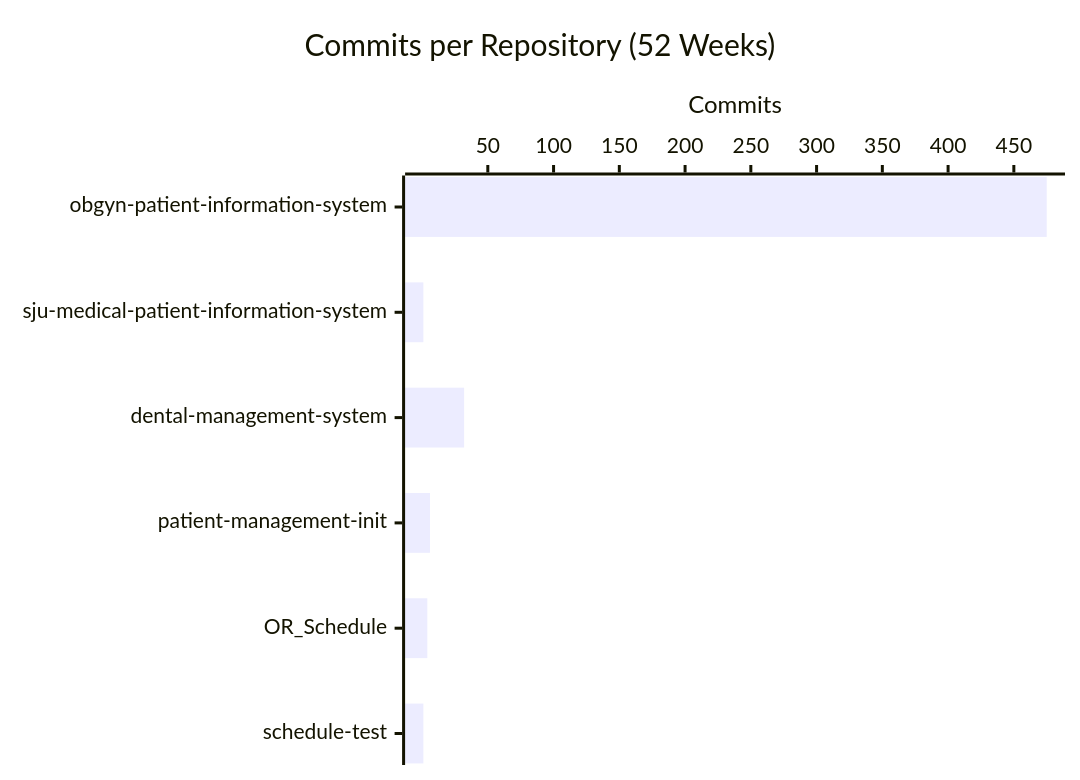
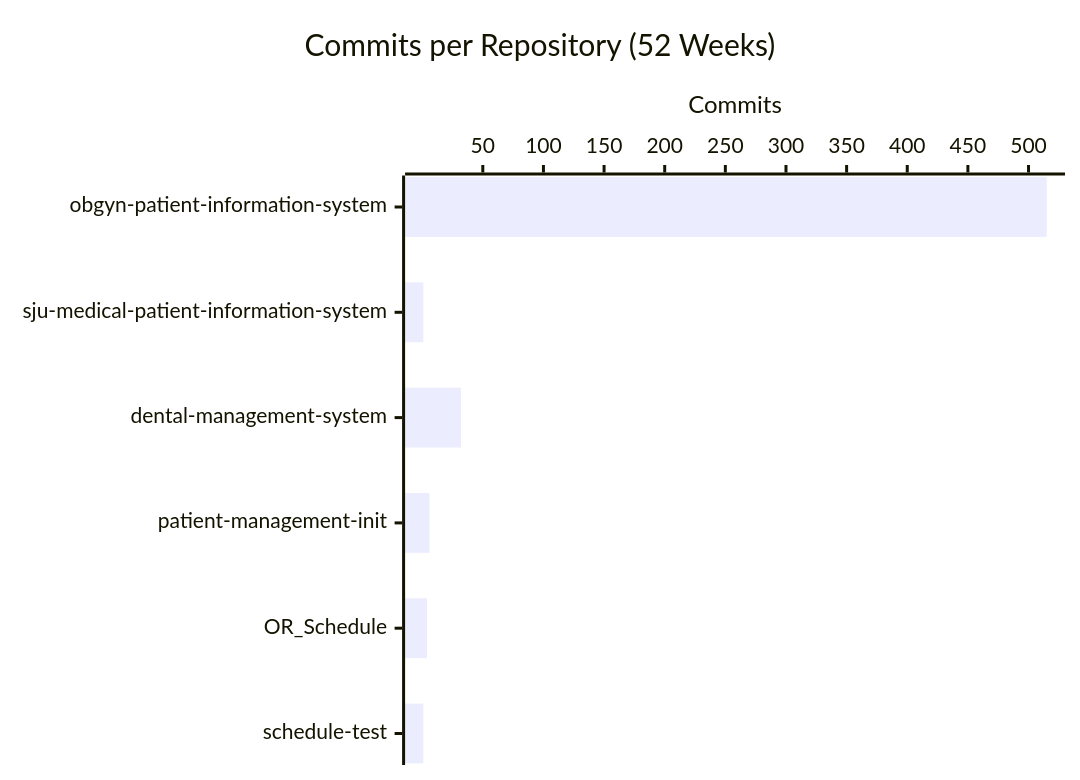
The second of 4 diagrams in profile/README.md (CSTH-Projects/.github), drawn with Mermaid before and after one commit. The commit also changed other lines of this file, not shown here.

````diff
--- a/profile/README.md
+++ b/profile/README.md
@@ -24,7 +24,7 @@
 ```mermaid
 xychart-beta horizontal
     title "Commits per Repository (52 Weeks)"
     x-axis ["obgyn-patient-information-system", "sju-medical-patient-information-system", "dental-management-system", "patient-management-init", "OR_Schedule", "schedule-test"]
     y-axis "Commits"
-    bar [475, 1, 32, 6, 4, 1]
+    bar [515, 1, 32, 6, 4, 1]
 ```
````
